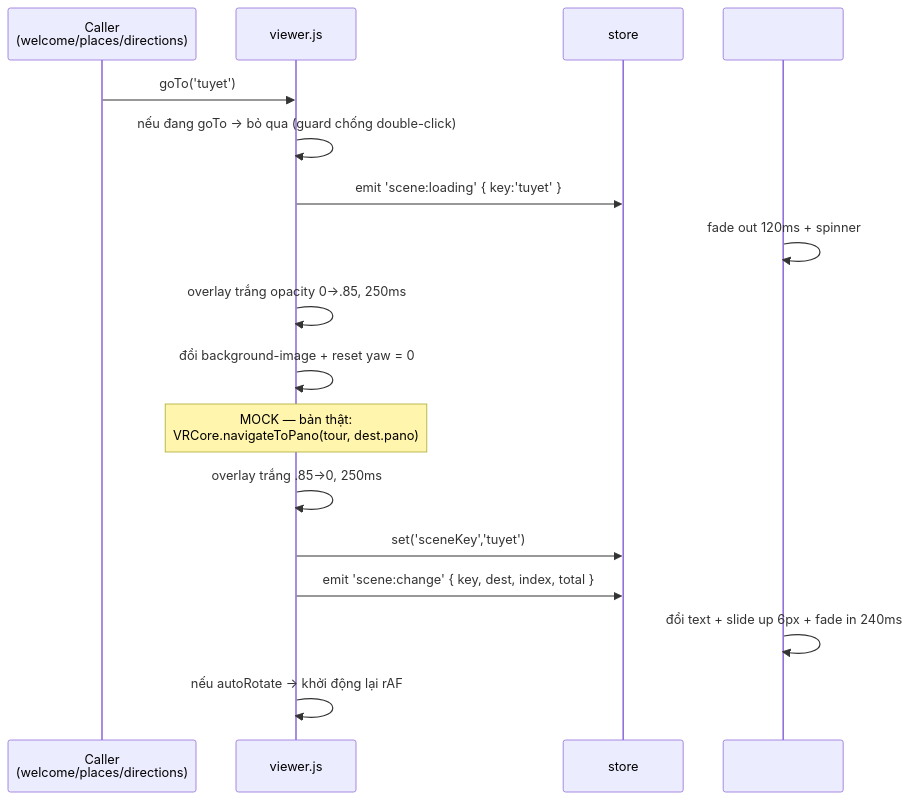
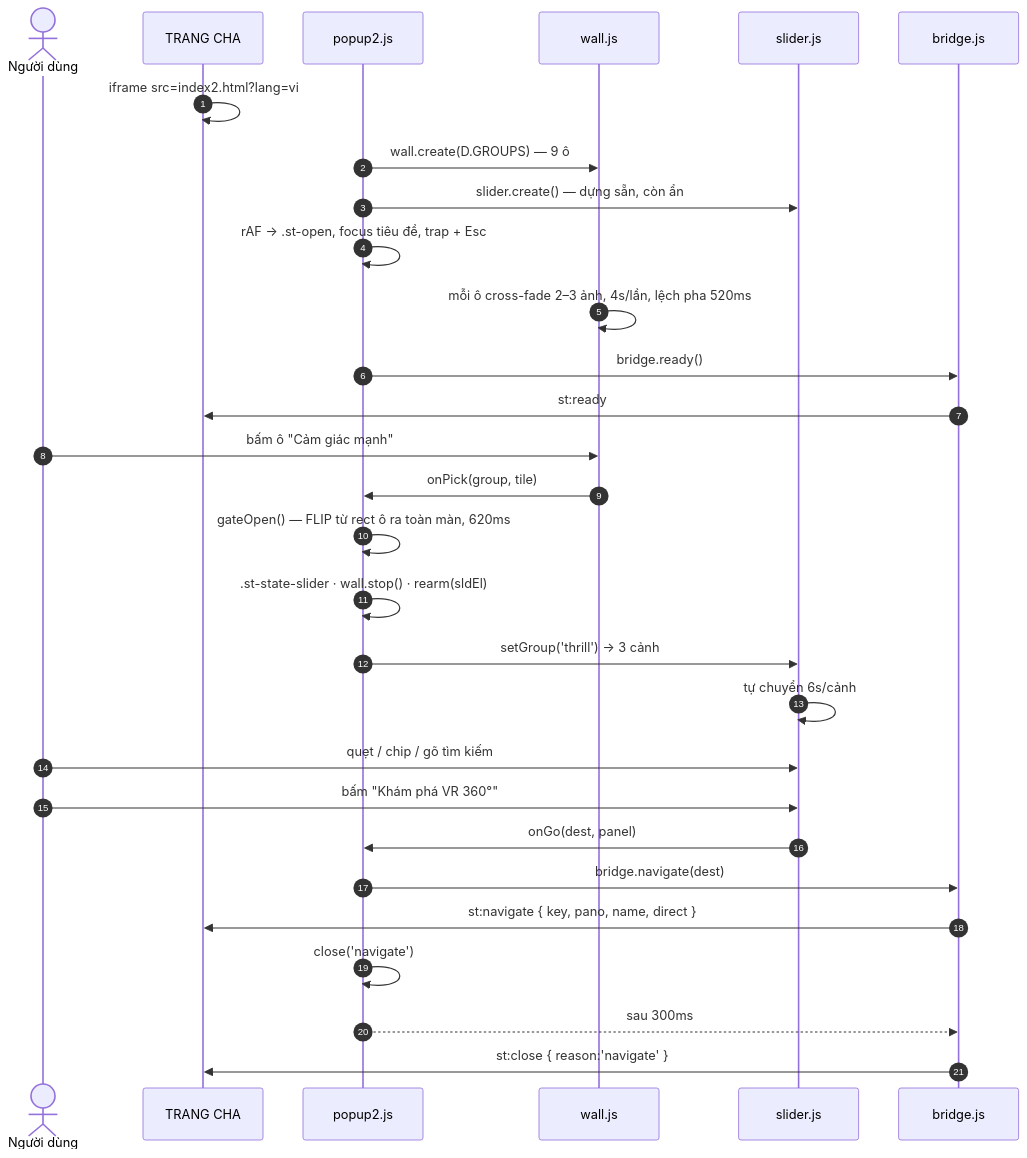
One commit to Tmy-andy/suoitien-redesign changed the second of 2 diagrams in docs/05-flows.md. Above: the diagram before and after it, drawn with Mermaid. The commit also changed other lines of this file and 72 other files, not shown here.

````diff
--- a/docs/05-flows.md
+++ b/docs/05-flows.md
@@ -274,20 +187,34 @@
 ```mermaid
 sequenceDiagram
-    participant C as Caller<br/>(welcome/places/directions)
-    participant V as viewer.js
-    participant S as store
-    participant L as #st-scene-label
+    autonumber
+    actor U as Người dùng
+    participant H as TRANG CHA
+    participant P as popup2.js
+    participant W as wall.js
+    participant S as slider.js
+    participant B as bridge.js
 
-    C->>V: goTo('tuyet')
-    V->>V: nếu đang goTo → bỏ qua (guard chống double-click)
-    V->>S: emit 'scene:loading' { key:'tuyet' }
-    L->>L: fade out 120ms + spinner
-    V->>V: overlay trắng opacity 0→.85, 250ms
-    V->>V: đổi background-image + reset yaw = 0
-    Note over V: MOCK — bản thật:<br/>VRCore.navigateToPano(tour, dest.pano)
-    V->>V: overlay trắng .85→0, 250ms
-    V->>S: set('sceneKey','tuyet')
-    V->>S: emit 'scene:change' { key, dest, index, total }
-    L->>L: đổi text + slide up 6px + fade in 240ms
-    V->>V: nếu autoRotate → khởi động lại rAF
+    H->>H: iframe src=index2.html?lang=vi
+    P->>W: wall.create(D.GROUPS) — 9 ô
+    P->>S: slider.create() — dựng sẵn, còn ẩn
+    P->>P: rAF → .st-open, focus tiêu đề, trap + Esc
+    W->>W: mỗi ô cross-fade 2–3 ảnh, 4s/lần, lệch pha 520ms
+    P->>B: bridge.ready()
+    B->>H: st:ready
+
+    U->>W: bấm ô "Cảm giác mạnh"
+    W->>P: onPick(group, tile)
+    P->>P: gateOpen() — FLIP từ rect ô ra toàn màn, 620ms
+    P->>P: .st-state-slider · wall.stop() · rearm(sldEl)
+    P->>S: setGroup('thrill') → 3 cảnh
+    S->>S: tự chuyển 6s/cảnh
+
+    U->>S: quẹt / chip / gõ tìm kiếm
+    U->>S: bấm "Khám phá VR 360°"
+    S->>P: onGo(dest, panel)
+    P->>B: bridge.navigate(dest)
+    B->>H: st:navigate { key, pano, name, direct }
+    P->>P: close('navigate')
+    P-->>B: sau 300ms
+    B->>H: st:close { reason:'navigate' }
 ```
````
